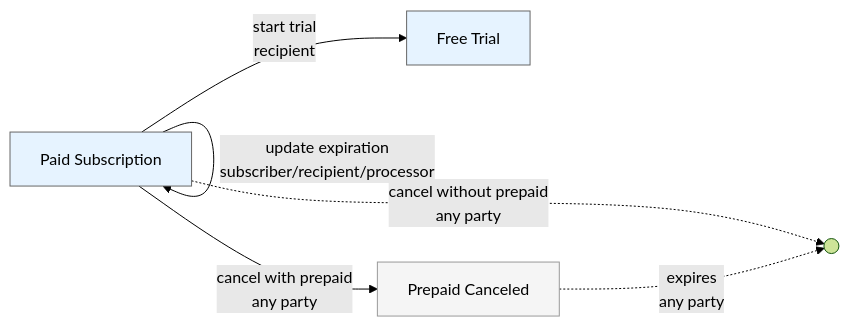
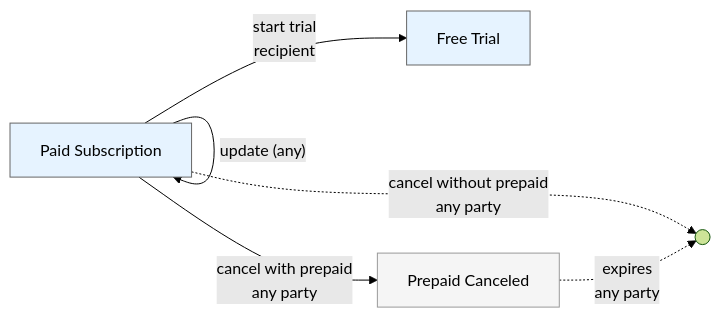
One commit to Fairmint/open-captable-protocol-daml changed the seventh of 7 diagrams in Subscriptions-v01/README.md. Above: the diagram before and after it, drawn with Mermaid (forest theme). The commit also changed other lines of this file and 9 other files, not shown here.

````diff
--- a/Subscriptions-v01/README.md
+++ b/Subscriptions-v01/README.md
@@ -173,17 +186,16 @@
 ```mermaid
 flowchart LR
     PS[Paid Subscription]
     PS -->|"process payment (processor)<br/>transfers + AppRewardCoupons"| PS
-    PS -->|update payments<br/>subscriber/recipient/processor| PS
-    PS -->|update expiration<br/>subscriber/recipient/processor| PS
+    PS -->|"update (any)"| PS
     PS -->|start trial<br/>recipient| FT[Free Trial]
     PS -->|cancel with prepaid<br/>any party| PC[Prepaid Canceled]
     PS -.->|cancel without prepaid<br/>any party| End(( ))
     
     PC -.->|expires<br/>any party| End
     
     classDef active fill:#e6f3ff,stroke:#666
     classDef ended fill:#f5f5f5,stroke:#999
     class PS,FT active
     class PC ended
 ```
````
